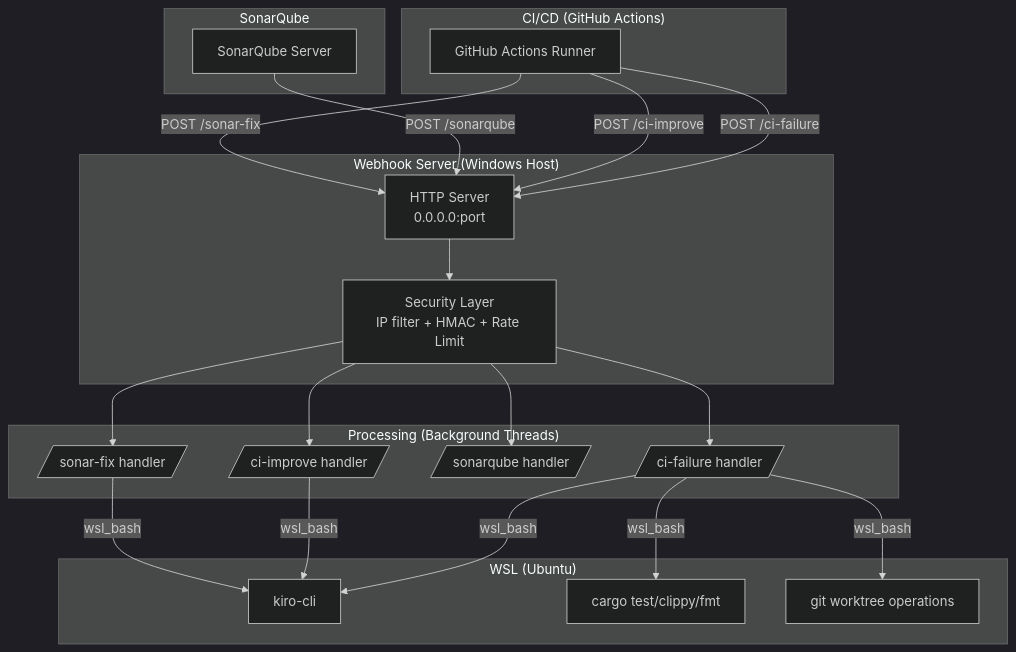
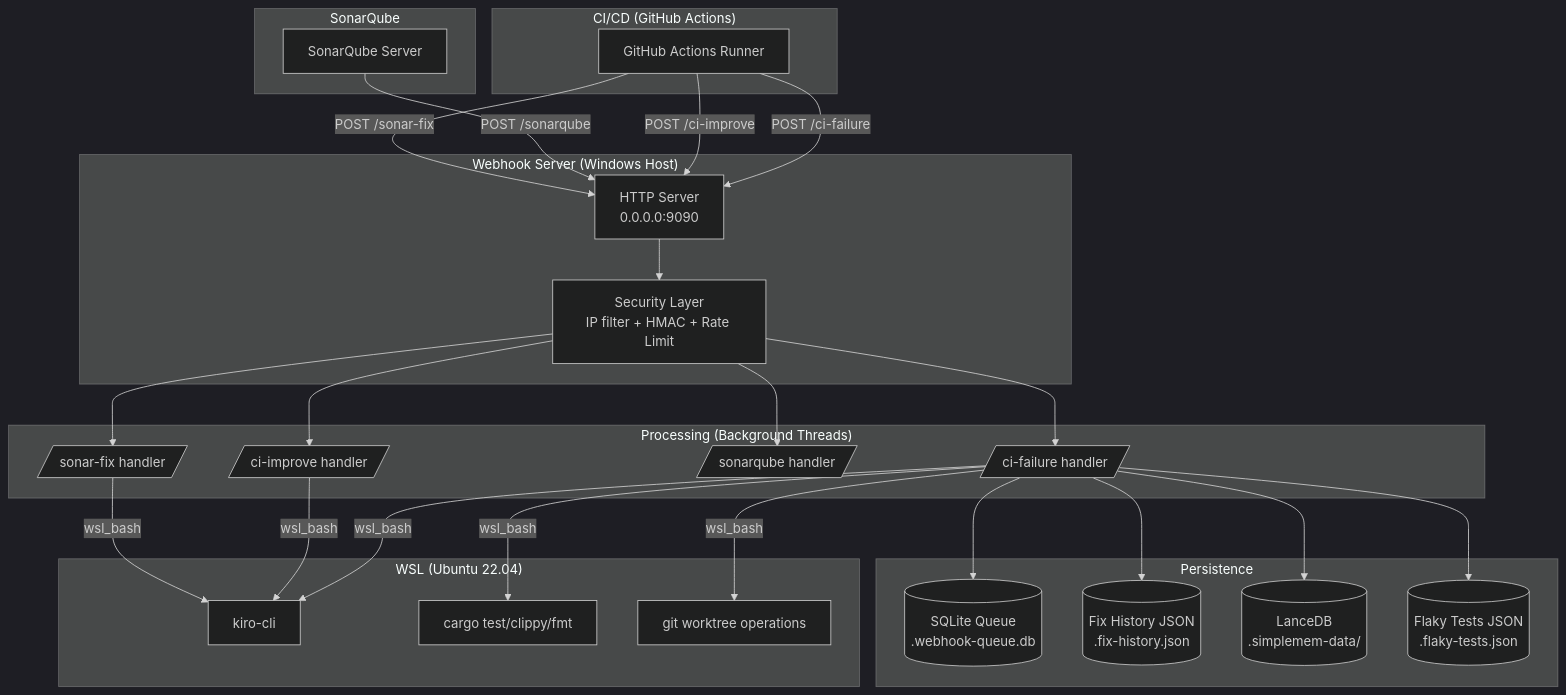
Before and after one commit to perezjoseph/Gestion-inmobiliaria: the first of 11 diagrams in scripts/quality_webhook/Architecture.md, drawn with Mermaid (dark theme). The commit also changed other lines of this file and 6 other files, not shown here.

````diff
--- a/scripts/quality_webhook/Architecture.md
+++ b/scripts/quality_webhook/Architecture.md
@@ -5,45 +5,57 @@
 ```mermaid
 graph TB
     subgraph "CI/CD (GitHub Actions)"
         GA[GitHub Actions Runner]
     end
 
     subgraph "SonarQube"
         SQ[SonarQube Server]
     end
 
     subgraph "Webhook Server (Windows Host)"
-        SRV[HTTP Server<br/>0.0.0.0:port]
+        SRV[HTTP Server<br/>0.0.0.0:9090]
         SEC[Security Layer<br/>IP filter + HMAC + Rate Limit]
         SRV --> SEC
     end
 
     subgraph "Processing (Background Threads)"
         CIF[/ci-failure handler/]
         CII[/ci-improve handler/]
         SQH[/sonarqube handler/]
         SFH[/sonar-fix handler/]
     end
 
-    subgraph "WSL (Ubuntu)"
+    subgraph "Persistence"
+        QUEUE[(SQLite Queue<br/>.webhook-queue.db)]
+        HISTORY[(Fix History JSON<br/>.fix-history.json)]
+        LANCE[(LanceDB<br/>.simplemem-data/)]
+        FLAKY[(Flaky Tests JSON<br/>.flaky-tests.json)]
+    end
+
+    subgraph "WSL (Ubuntu 22.04)"
         KIRO[kiro-cli]
         CARGO[cargo test/clippy/fmt]
         GIT[git worktree operations]
     end
 
     GA -->|POST /ci-failure| SRV
     GA -->|POST /ci-improve| SRV
     SQ -->|POST /sonarqube| SRV
     GA -->|POST /sonar-fix| SRV
 
     SEC --> CIF
     SEC --> CII
     SEC --> SQH
     SEC --> SFH
 
     CIF -->|wsl_bash| KIRO
     CIF -->|wsl_bash| CARGO
     CIF -->|wsl_bash| GIT
     CII -->|wsl_bash| KIRO
     SFH -->|wsl_bash| KIRO
+
+    CIF --> QUEUE
+    CIF --> HISTORY
+    CIF --> LANCE
+    CIF --> FLAKY
 ```
````
